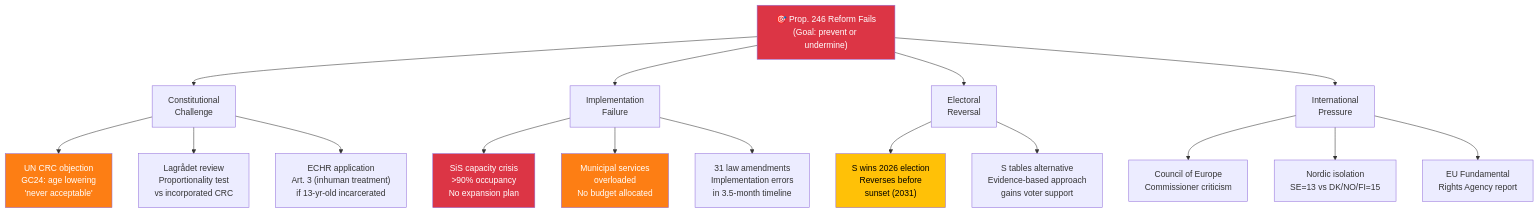
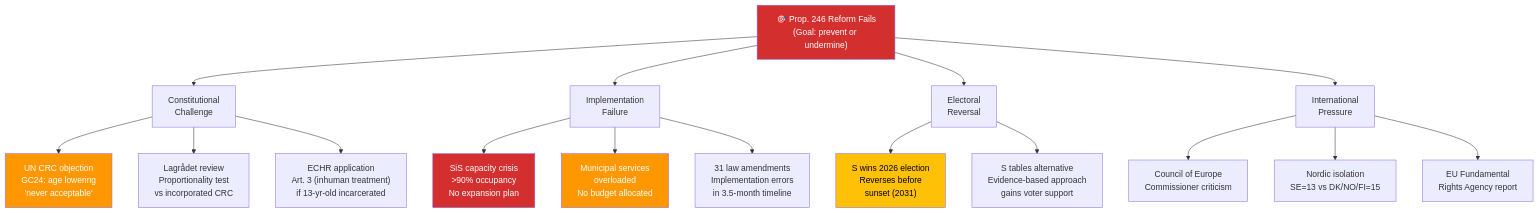
One commit to Hack23/riksdagsmonitor changed the first of 2 diagrams in analysis/daily/2026-04-16/realtime-1244/threat-analysis.md. Above: the diagram before and after it, drawn with Mermaid. The commit also changed other lines of this file and 785 other files, not shown here.

First line of the commit message:
Normalize mermaid colors across 786 analysis artifacts to ISMS Style Guide palette

````diff
--- a/analysis/daily/2026-04-16/realtime-1244/threat-analysis.md
+++ b/analysis/daily/2026-04-16/realtime-1244/threat-analysis.md
@@ -26,28 +26,28 @@
 ```mermaid
 graph TD
     ROOT["🎯 Prop. 246 Reform Fails<br/>(Goal: prevent or undermine)"] --> A["Constitutional<br/>Challenge"]
     ROOT --> B["Implementation<br/>Failure"]
     ROOT --> C["Electoral<br/>Reversal"]
     ROOT --> D["International<br/>Pressure"]
     
     A --> A1["UN CRC objection<br/>GC24: age lowering<br/>'never acceptable'"]
     A --> A2["Lagrådet review<br/>Proportionality test<br/>vs incorporated CRC"]
     A --> A3["ECHR application<br/>Art. 3 (inhuman treatment)<br/>if 13-yr-old incarcerated"]
     
     B --> B1["SiS capacity crisis<br/>>90% occupancy<br/>No expansion plan"]
     B --> B2["Municipal services<br/>overloaded<br/>No budget allocated"]
     B --> B3["31 law amendments<br/>Implementation errors<br/>in 3.5-month timeline"]
     
     C --> C1["S wins 2026 election<br/>Reverses before<br/>sunset (2031)"]
     C --> C2["S tables alternative<br/>Evidence-based approach<br/>gains voter support"]
     
     D --> D1["Council of Europe<br/>Commissioner criticism"]
     D --> D2["Nordic isolation<br/>SE=13 vs DK/NO/FI=15"]
     D --> D3["EU Fundamental<br/>Rights Agency report"]
     
-    style ROOT fill:#dc3545,color:#fff
-    style B1 fill:#dc3545,color:#fff
-    style A1 fill:#fd7e14,color:#fff
-    style B2 fill:#fd7e14,color:#fff
-    style C1 fill:#ffc107,color:#000
+    style ROOT fill:#D32F2F,color:#FFFFFF
+    style B1 fill:#D32F2F,color:#FFFFFF
+    style A1 fill:#FF9800,color:#FFFFFF
+    style B2 fill:#FF9800,color:#FFFFFF
+    style C1 fill:#FFC107,color:#000000
 ```
````
